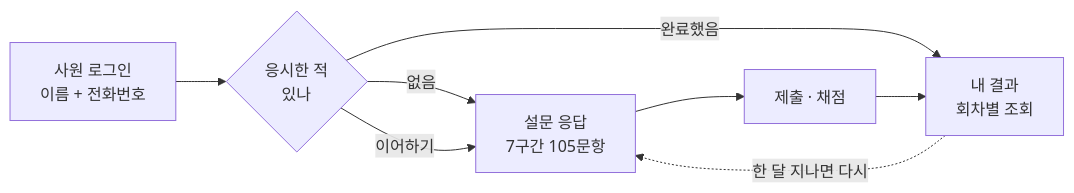
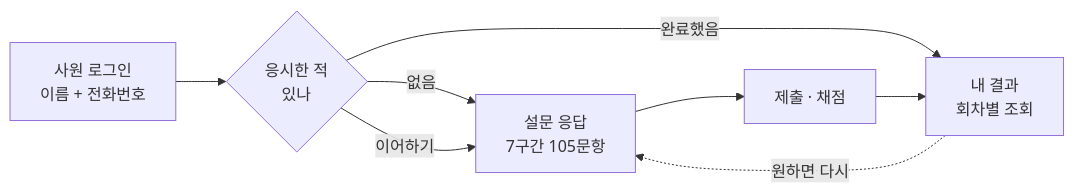
Before and after one commit to Kodol05/survey-design-docs: the second of 7 diagrams in docs/05_시스템_보고서.md, drawn with Mermaid. The commit also changed other lines of this file and 2 other files, not shown here.

````diff
--- a/docs/05_시스템_보고서.md
+++ b/docs/05_시스템_보고서.md
@@ -133,10 +133,10 @@
 ```mermaid
 flowchart LR
   login["사원 로그인<br/>이름 + 전화번호"] --> entry{"응시한 적<br/>있나"}
   entry -->|"없음"| test["설문 응답<br/>7구간 105문항"]
   entry -->|"이어하기"| test
   entry -->|"완료했음"| result["내 결과<br/>회차별 조회"]
   test --> submit["제출 · 채점"]
   submit --> result
-  result -.->|"한 달 지나면 다시"| test
+  result -.->|"원하면 다시"| test
 ```
````
